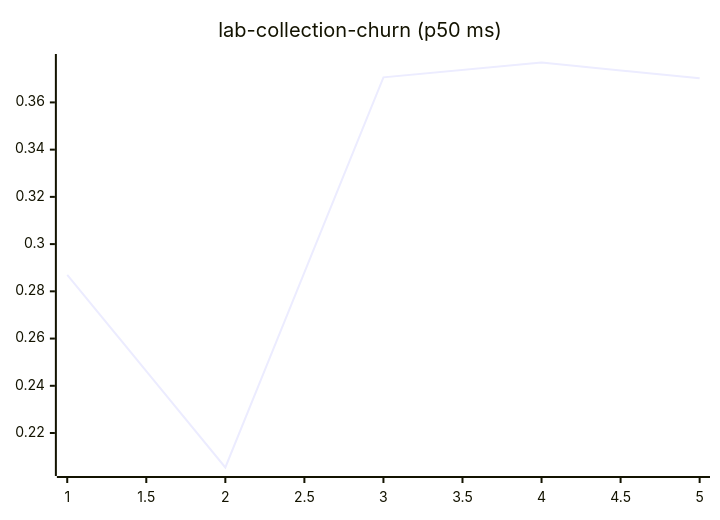
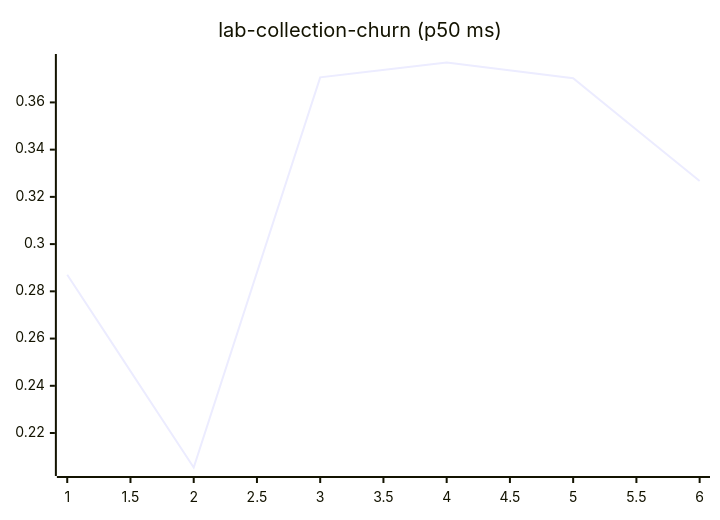
Diagram 11 of 27 in README.md (josha/Facet), drawn with Mermaid before and after one commit. The commit also changed other lines of this file and 2 other files, not shown here.

````diff
--- a/README.md
+++ b/README.md
@@ -133,6 +133,6 @@
 ```mermaid
 xychart-beta
     title "lab-collection-churn (p50 ms)"
-    x-axis 1 --> 5
-    line [0.2870, 0.2054, 0.3706, 0.3769, 0.3702]
+    x-axis 1 --> 6
+    line [0.2870, 0.2054, 0.3706, 0.3769, 0.3702, 0.3267]
 ```
````
